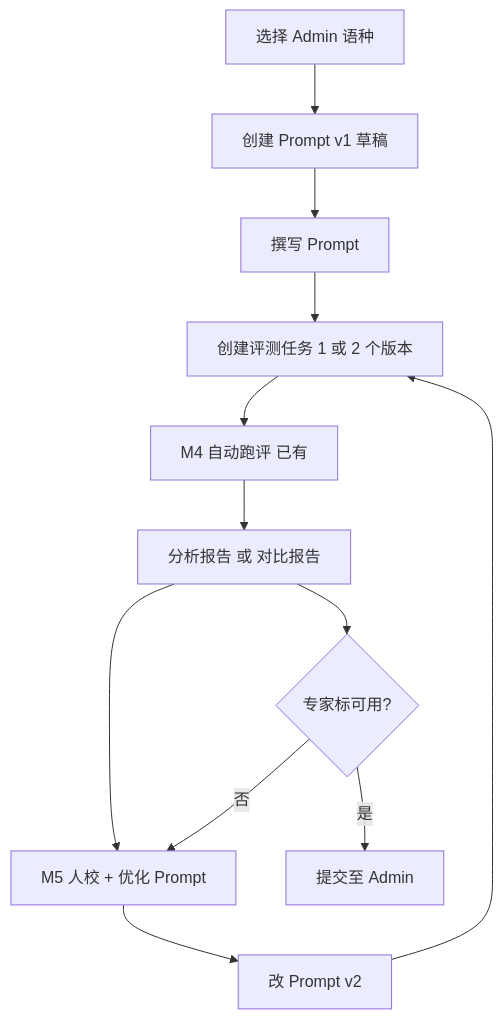
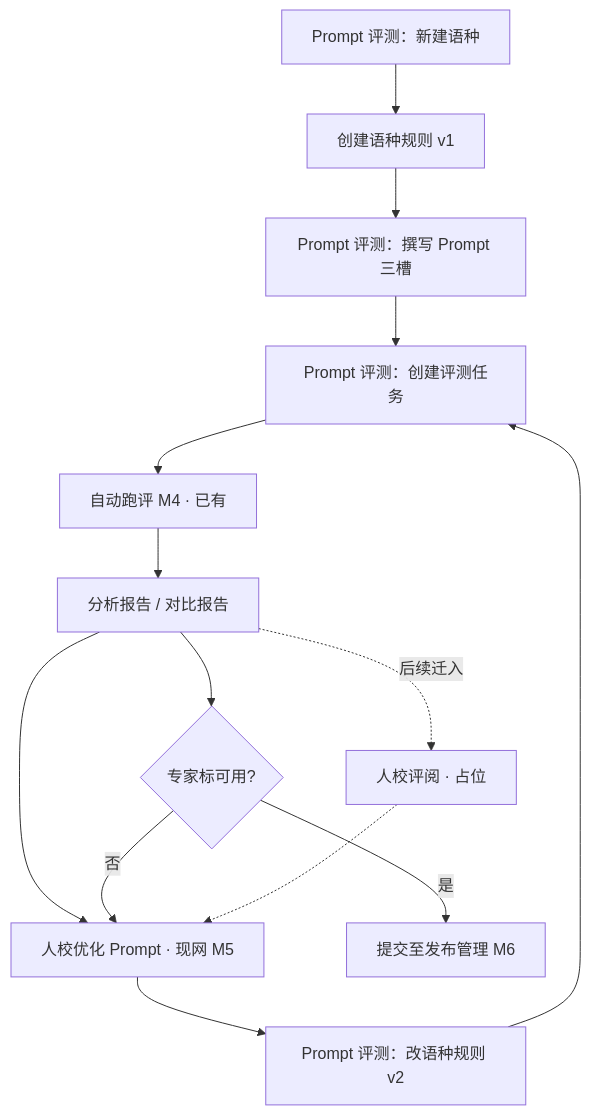
Before and after one commit to 8120xf/miracle-yiping: the diagram in 需求文档/PRD-译评平台-一期.md, drawn with Mermaid. The commit also changed other lines of this file and 9 other files, not shown here.

First line of the commit message:
docs: Prompt 评测 rename, config sync-only langs, ops flow

````diff
--- a/需求文档/PRD-译评平台-一期.md
+++ b/需求文档/PRD-译评平台-一期.md
@@ -164,14 +169,16 @@
 ```mermaid
 flowchart TD
-  A[选择 Admin 语种] --> B[创建 Prompt v1 草稿]
-  B --> C[撰写 Prompt]
-  C --> D[创建评测任务 1 或 2 个版本]
-  D --> E[M4 自动跑评 已有]
-  E --> R[分析报告 或 对比报告]
-  R --> G[M5 人校 + 优化 Prompt]
-  G --> H[改 Prompt v2]
+  A[Prompt 评测：新建语种] --> B[创建语种规则 v1]
+  B --> C[Prompt 评测：撰写 Prompt 三槽]
+  C --> D[Prompt 评测：创建评测任务]
+  D --> E[自动跑评 M4 · 已有]
+  E --> R[分析报告 / 对比报告]
+  R --> G[人校优化 Prompt · 现网 M5]
+  G --> H[Prompt 评测：改语种规则 v2]
   H --> D
   R --> M{专家标可用?}
-  M -->|是| I[提交至 Admin]
+  M -->|是| I[提交至发布管理 M6]
   M -->|否| G
+  R -.->|后续迁入| RV[人校评阅 · 占位]
+  RV -.-> G
 ```
````
